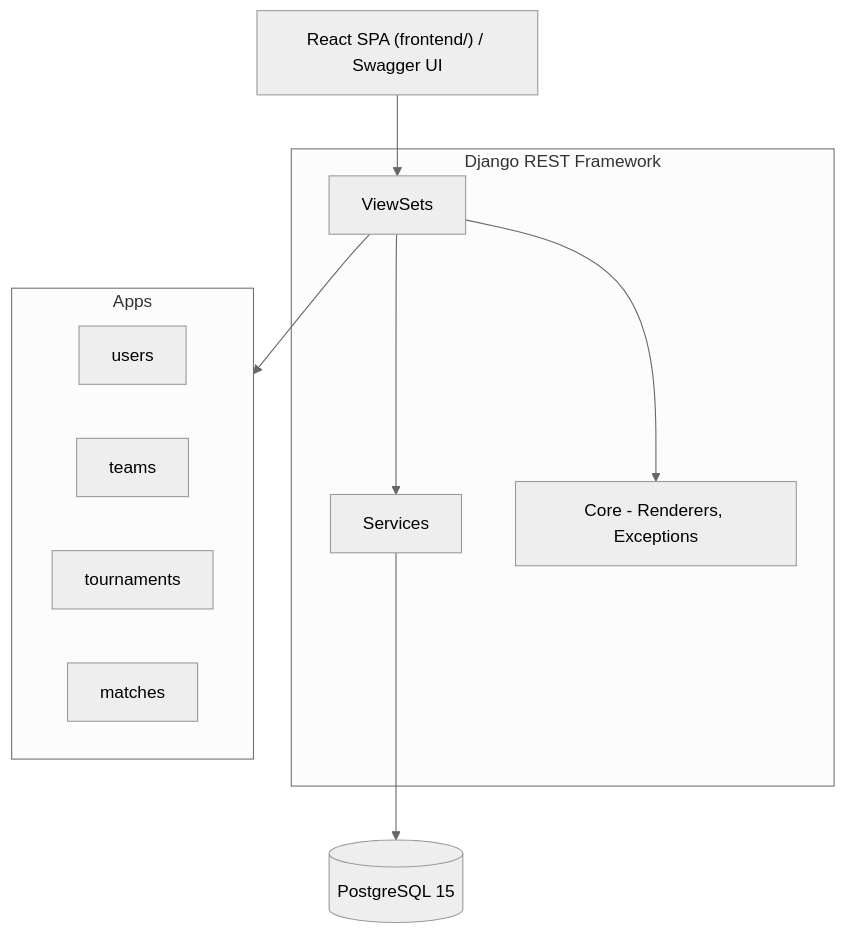
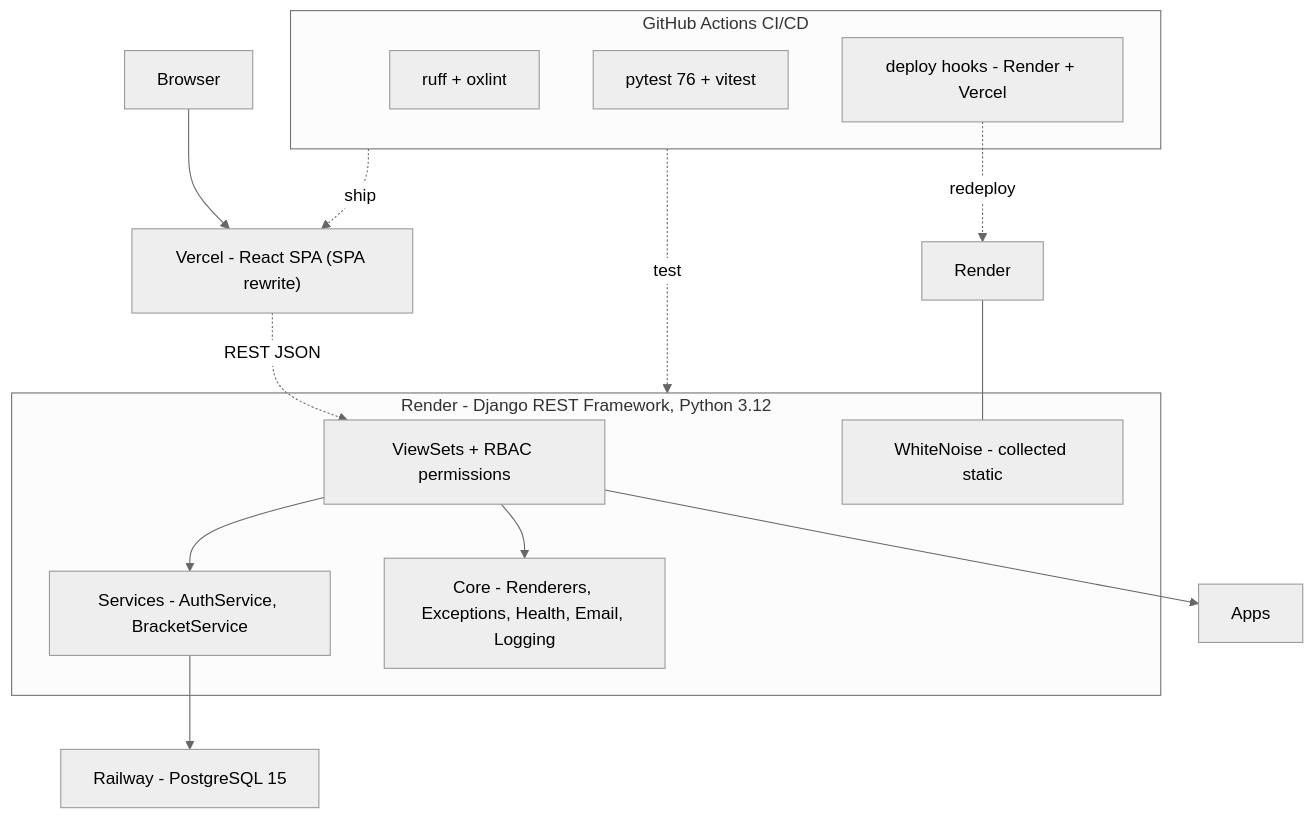
One commit to GOWTHAM-MG-2006/esports-tournament-management-platform changed the diagram in docs/diagrams/architecture.md. Above: the diagram before and after it, drawn with Mermaid (neutral theme). The commit also changed other lines of this file and 5 other files, not shown here.

Commit message:
docs: refresh readme, changelog and architecture diagrams as-built

````diff
--- a/docs/diagrams/architecture.md
+++ b/docs/diagrams/architecture.md
@@ -3,25 +3,31 @@
 ```mermaid
 graph TB
-    Client["React SPA (frontend/) / Swagger UI"]
-    
-    subgraph Backend[Django REST Framework]
-        Views[ViewSets]
-        Services[Services]
-        Core[Core - Renderers, Exceptions]
+    Client["Browser"]
+    Vercel["Vercel - React SPA (SPA rewrite)"]
+
+    subgraph Backend[Render - Django REST Framework, Python 3.12]
+        Views[ViewSets + RBAC permissions]
+        Services[Services - AuthService, BracketService]
+        Core[Core - Renderers, Exceptions, Health, Email, Logging]
+        Static["WhiteNoise - collected static"]
     end
-    
-    subgraph Apps[Apps]
-        Users[users]
-        Teams[teams]
-        Tournaments[tournaments]
-        Matches[matches]
+
+    Railway["Railway - PostgreSQL 15"]
+
+    subgraph CI[GitHub Actions CI/CD]
+        Lint["ruff + oxlint"]
+        Tests["pytest 76 + vitest"]
+        Deploy["deploy hooks - Render + Vercel"]
     end
-    
-    DB[(PostgreSQL 15)]
-    
-    Client --> Views
+
+    Client --> Vercel
+    Vercel -. REST JSON .-> Views
     Views --> Services
     Views --> Core
-    Services --> DB
+    Services --> Railway
     Views --> Apps
+    Render --- Static
+    CI -. test .-> Backend
+    CI -. ship .-> Vercel
+    Deploy -. redeploy .-> Render
 ```
````
